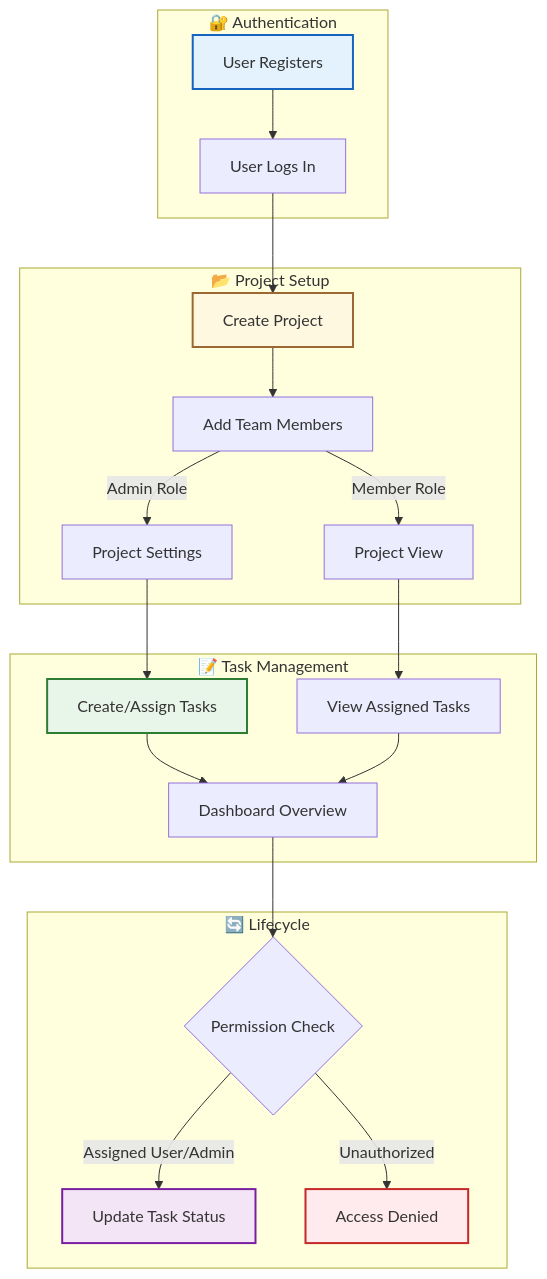
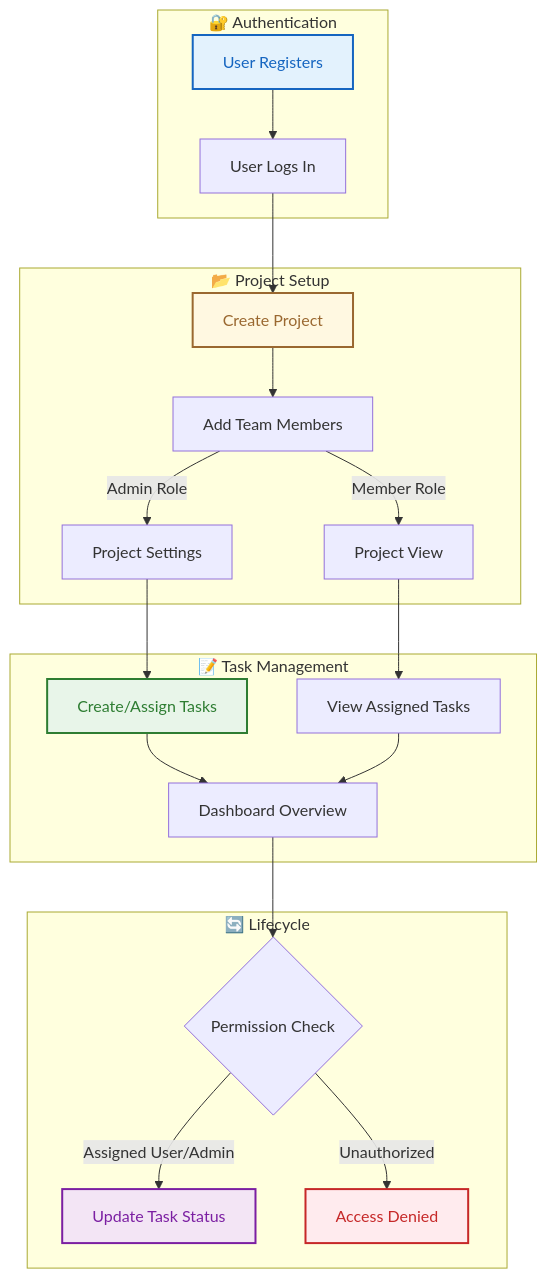
The diagram in README.md (farhanrhine/FlowDesk), drawn with Mermaid before and after one commit.

Commit message:
Docs: Improved Mermaid diagram legibility with high-contrast text colors.

````diff
--- a/README.md
+++ b/README.md
@@ -26,32 +26,32 @@
 ```mermaid
 graph TD
     subgraph Auth ["🔐 Authentication"]
         A[User Registers] --> B[User Logs In]
     end
 
     subgraph Project ["📂 Project Setup"]
         B --> C[Create Project]
         C --> D[Add Team Members]
         D -- Admin Role --> E[Project Settings]
         D -- Member Role --> F[Project View]
     end
 
     subgraph Tasks ["📝 Task Management"]
         E --> G[Create/Assign Tasks]
         F --> H[View Assigned Tasks]
         G --> I[Dashboard Overview]
         H --> I
     end
 
     subgraph Updates ["🔄 Lifecycle"]
         I --> J{Permission Check}
         J -- Assigned User/Admin --> K[Update Task Status]
         J -- Unauthorized --> L[Access Denied]
     end
 
-    style A fill:#E3F2FD,stroke:#1565C0,stroke-width:2px
-    style C fill:#FFF8E1,stroke:#9A6830,stroke-width:2px
-    style G fill:#E8F5E9,stroke:#2E7D32,stroke-width:2px
-    style K fill:#F3E5F5,stroke:#7B1FA2,stroke-width:2px
-    style L fill:#FFEBEE,stroke:#C62828,stroke-width:2px
+    style A fill:#E3F2FD,stroke:#1565C0,stroke-width:2px,color:#1565C0
+    style C fill:#FFF8E1,stroke:#9A6830,stroke-width:2px,color:#9A6830
+    style G fill:#E8F5E9,stroke:#2E7D32,stroke-width:2px,color:#2E7D32
+    style K fill:#F3E5F5,stroke:#7B1FA2,stroke-width:2px,color:#7B1FA2
+    style L fill:#FFEBEE,stroke:#C62828,stroke-width:2px,color:#C62828
 ```
````
